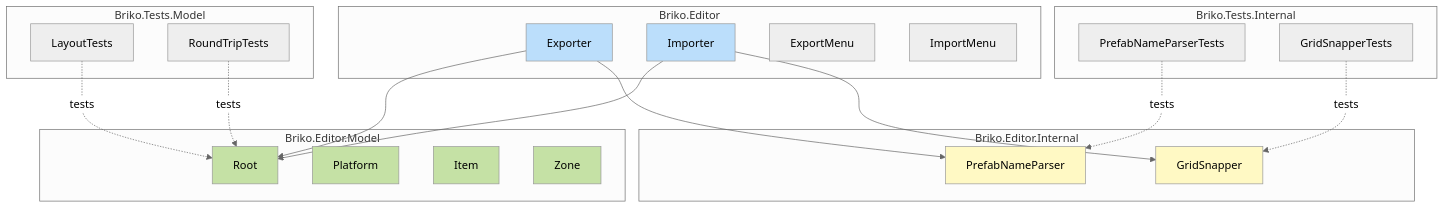
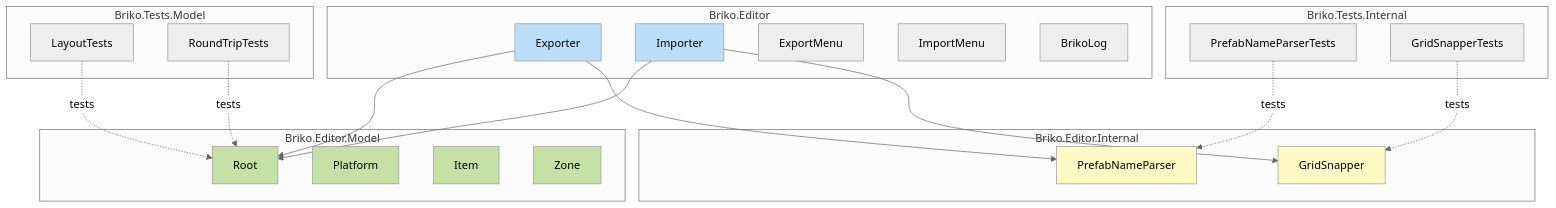
One commit to hiroxpepe/briko changed diagram 25 of 39 in docs/briko_spec.md. Above: the diagram before and after it, drawn with Mermaid (neutral theme). The commit also changed other lines of this file and 25 other files, not shown here.

````diff
--- a/docs/briko_spec.md
+++ b/docs/briko_spec.md
@@ -1034,49 +1032,50 @@
 ```mermaid
 graph TB
     subgraph "Briko.Editor"
         E1[Exporter]
         E2[Importer]
         E3[ExportMenu]
         E4[ImportMenu]
+        E5[BrikoLog]
     end
 
     subgraph "Briko.Editor.Internal"
         I1[PrefabNameParser]
         I2[GridSnapper]
     end
 
     subgraph "Briko.Editor.Model"
         M1[Root]
         M2[Platform]
         M3[Item]
         M4[Zone]
     end
 
     subgraph "Briko.Tests.Internal"
         T1[PrefabNameParserTests]
         T2[GridSnapperTests]
     end
 
     subgraph "Briko.Tests.Model"
         T3[LayoutTests]
         T4[RoundTripTests]
     end
 
     E1 --> M1
     E2 --> M1
     E1 --> I1
     E2 --> I2
     T1 -.tests.-> I1
     T2 -.tests.-> I2
     T3 -.tests.-> M1
     T4 -.tests.-> M1
 
     style E1 fill:#bbdefb
     style E2 fill:#bbdefb
     style I1 fill:#fff9c4
     style I2 fill:#fff9c4
     style M1 fill:#c5e1a5
     style M2 fill:#c5e1a5
     style M3 fill:#c5e1a5
     style M4 fill:#c5e1a5
 ```
````
